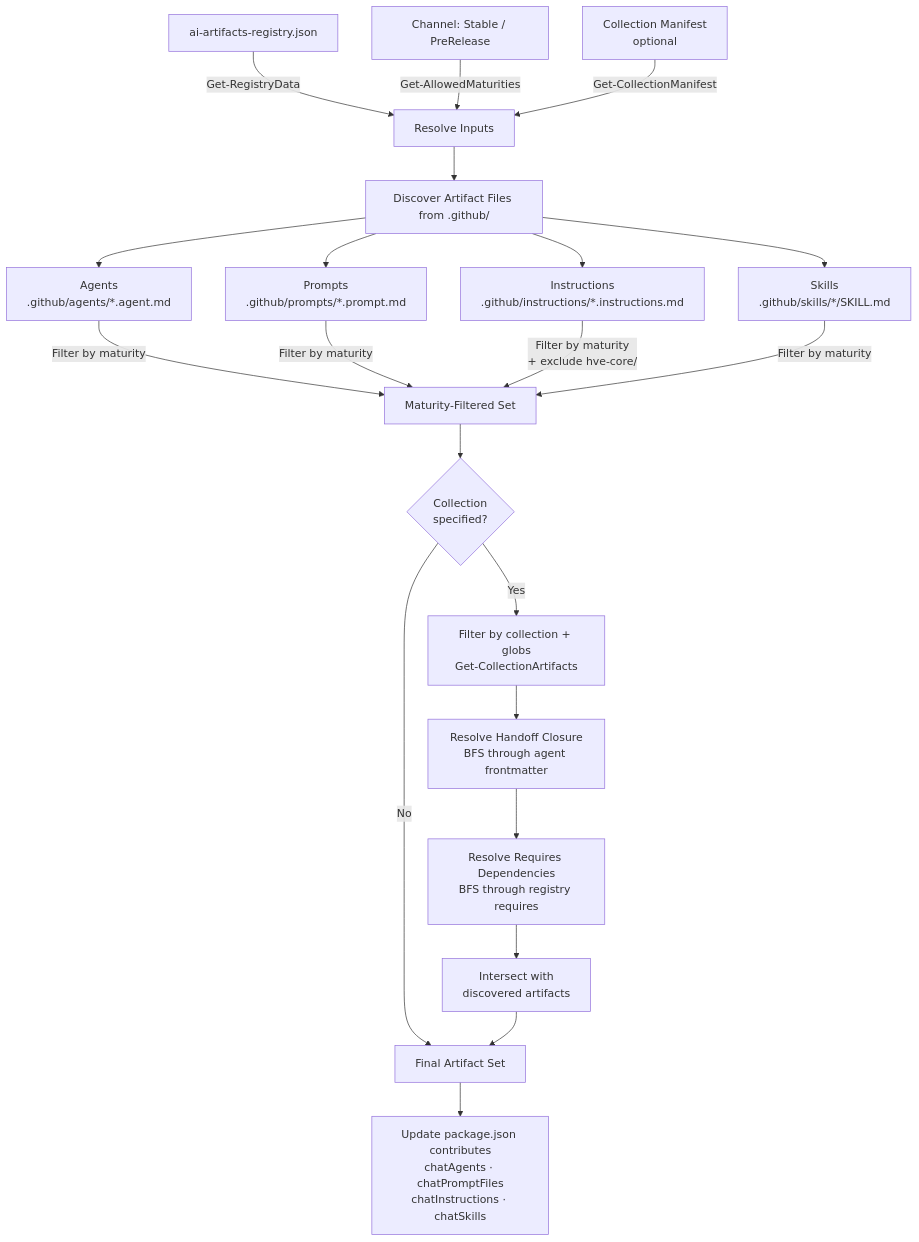
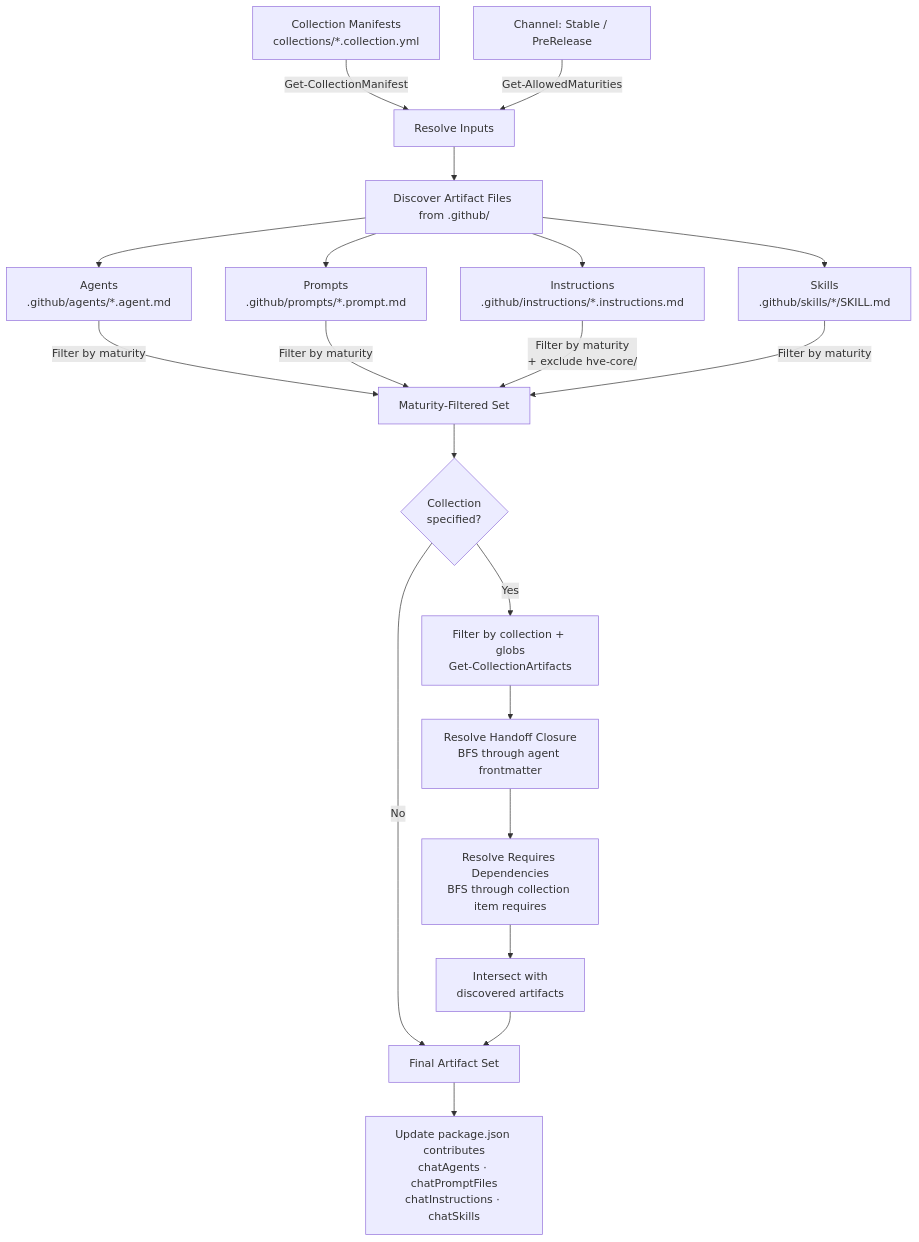
One commit to microsoft/hve-core changed the second of 4 diagrams in extension/PACKAGING.md. Above: the diagram before and after it, drawn with Mermaid. The commit also changed other lines of this file and 3 other files, not shown here.

````diff
--- a/extension/PACKAGING.md
+++ b/extension/PACKAGING.md
@@ -89,28 +89,27 @@
 ```mermaid
 flowchart TB
-    REG[ai-artifacts-registry.json] -->|Get-RegistryData| INPUTS
+    CM["Collection Manifests<br/>collections/*.collection.yml"] -->|Get-CollectionManifest| INPUTS
     CH[Channel: Stable / PreRelease] -->|Get-AllowedMaturities| INPUTS
-    CM["Collection Manifest<br/>optional"] -->|Get-CollectionManifest| INPUTS
 
     INPUTS[Resolve Inputs] --> DISC[Discover Artifact Files from .github/]
 
     DISC --> AG["Agents<br/>.github/agents/*.agent.md"]
     DISC --> PR["Prompts<br/>.github/prompts/*.prompt.md"]
     DISC --> IN["Instructions<br/>.github/instructions/*.instructions.md"]
     DISC --> SK["Skills<br/>.github/skills/*/SKILL.md"]
 
     AG -->|Filter by maturity| FM[Maturity-Filtered Set]
     PR -->|Filter by maturity| FM
     IN -->|"Filter by maturity<br/>+ exclude hve-core/"| FM
     SK -->|Filter by maturity| FM
 
     FM --> CF{"Collection<br/>specified?"}
     CF -->|No| FINAL[Final Artifact Set]
     CF -->|Yes| PA["Filter by collection + globs<br/>Get-CollectionArtifacts"]
     PA --> HD["Resolve Handoff Closure<br/>BFS through agent frontmatter"]
-    HD --> RD["Resolve Requires Dependencies<br/>BFS through registry requires"]
+    HD --> RD["Resolve Requires Dependencies<br/>BFS through collection item requires"]
     RD --> INT["Intersect with<br/>discovered artifacts"]
     INT --> FINAL
 
     FINAL --> UPD["Update package.json contributes<br/>chatAgents · chatPromptFiles<br/>chatInstructions · chatSkills"]
 ```
````
